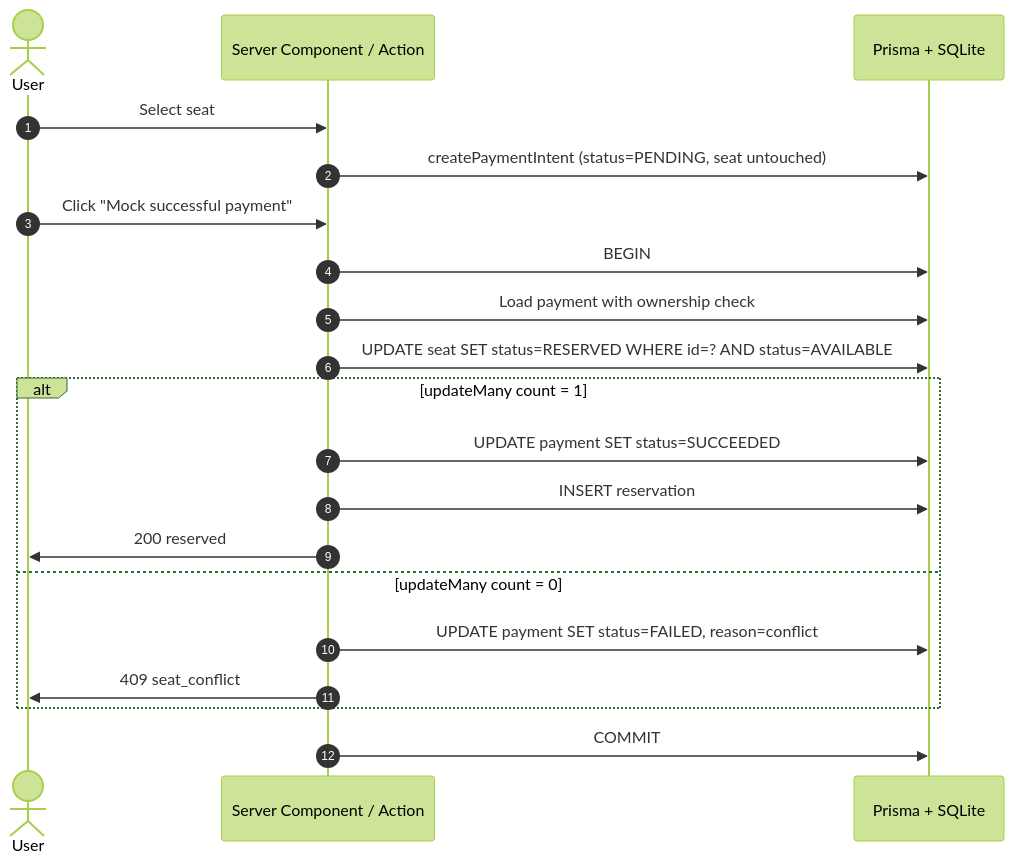
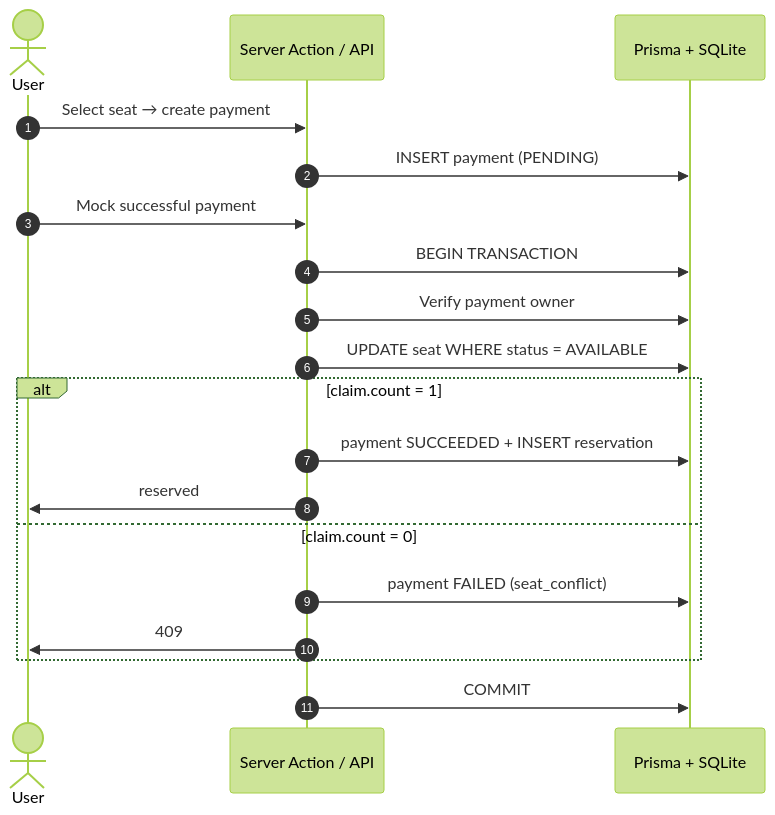
The diagram in README.md (mikepolo-inno/linkz-test), drawn with Mermaid (forest theme) before and after one commit. The commit also changed other lines of this file and 1 other file, not shown here.

````diff
--- a/README.md
+++ b/README.md
@@ -150,23 +136,22 @@
 ```mermaid
 sequenceDiagram
   autonumber
   actor U as User
-  participant UI as Server Component / Action
+  participant UI as Server Action / API
   participant DB as Prisma + SQLite
 
-  U->>UI: Select seat
-  UI->>DB: createPaymentIntent (status=PENDING, seat untouched)
-  U->>UI: Click "Mock successful payment"
-  UI->>DB: BEGIN
-  UI->>DB: Load payment with ownership check
-  UI->>DB: UPDATE seat SET status=RESERVED WHERE id=? AND status=AVAILABLE
-  alt updateMany count = 1
-    UI->>DB: UPDATE payment SET status=SUCCEEDED
-    UI->>DB: INSERT reservation
-    UI->>U: 200 reserved
-  else updateMany count = 0
-    UI->>DB: UPDATE payment SET status=FAILED, reason=conflict
-    UI->>U: 409 seat_conflict
+  U->>UI: Select seat → create payment
+  UI->>DB: INSERT payment (PENDING)
+  U->>UI: Mock successful payment
+  UI->>DB: BEGIN TRANSACTION
+  UI->>DB: Verify payment owner
+  UI->>DB: UPDATE seat WHERE status = AVAILABLE
+  alt claim.count = 1
+    UI->>DB: payment SUCCEEDED + INSERT reservation
+    UI->>U: reserved
+  else claim.count = 0
+    UI->>DB: payment FAILED (seat_conflict)
+    UI->>U: 409
   end
   UI->>DB: COMMIT
 ```
````
